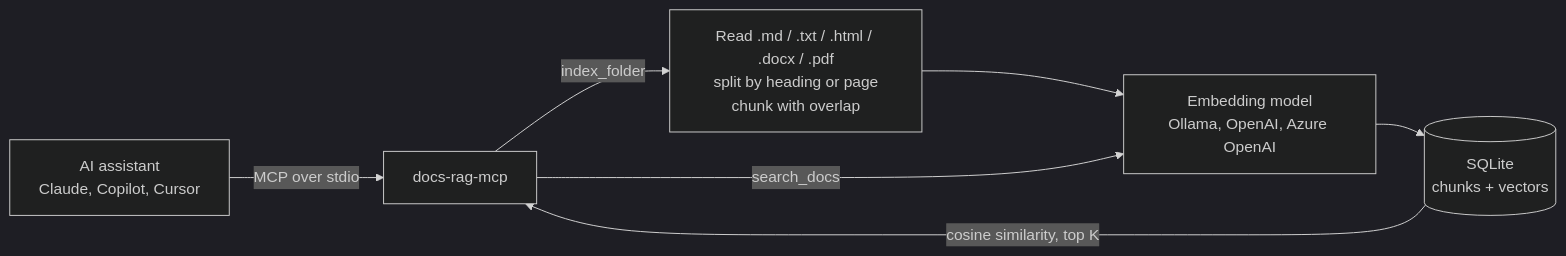
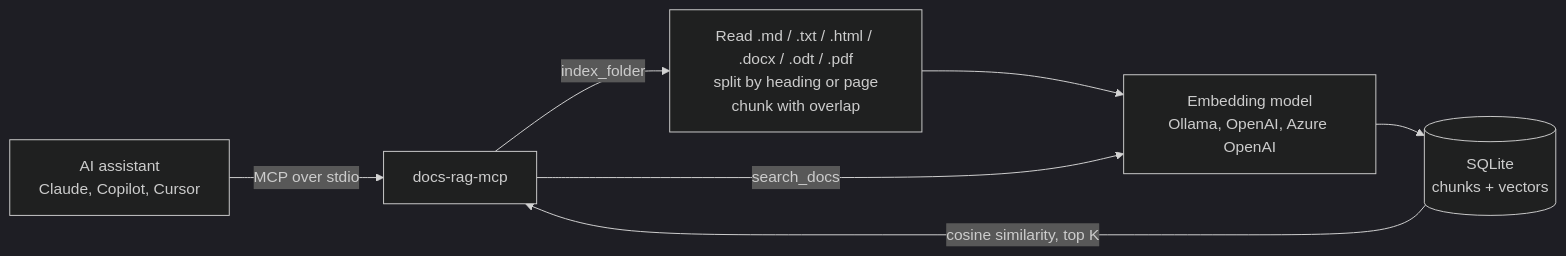
The diagram in README.md (Ahmed-Manai/docs-rag-mcp), drawn with Mermaid (dark theme) before and after one commit. The commit also changed other lines of this file, not shown here.

````diff
--- a/README.md
+++ b/README.md
@@ -55,9 +56,9 @@
 ```mermaid
 flowchart LR
     A[AI assistant<br/>Claude, Copilot, Cursor] -- MCP over stdio --> B[docs-rag-mcp]
-    B -- index_folder --> C[Read .md / .txt / .html / .docx / .pdf<br/>split by heading or page<br/>chunk with overlap]
+    B -- index_folder --> C[Read .md / .txt / .html / .docx / .odt / .pdf<br/>split by heading or page<br/>chunk with overlap]
     C --> D[Embedding model<br/>Ollama, OpenAI, Azure OpenAI]
     D --> E[(SQLite<br/>chunks + vectors)]
     B -- search_docs --> D
     E -- cosine similarity, top K --> B
 ```
````
